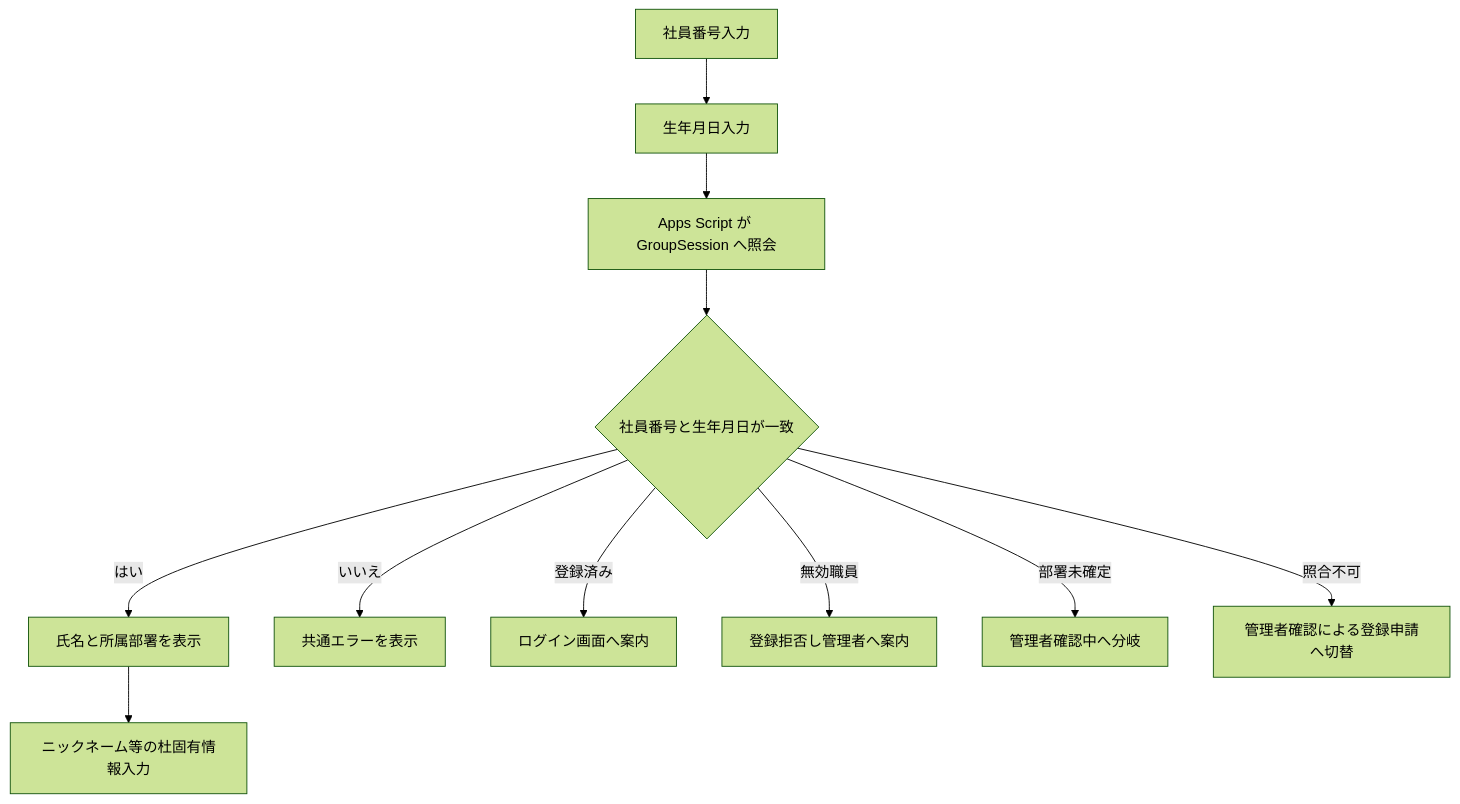
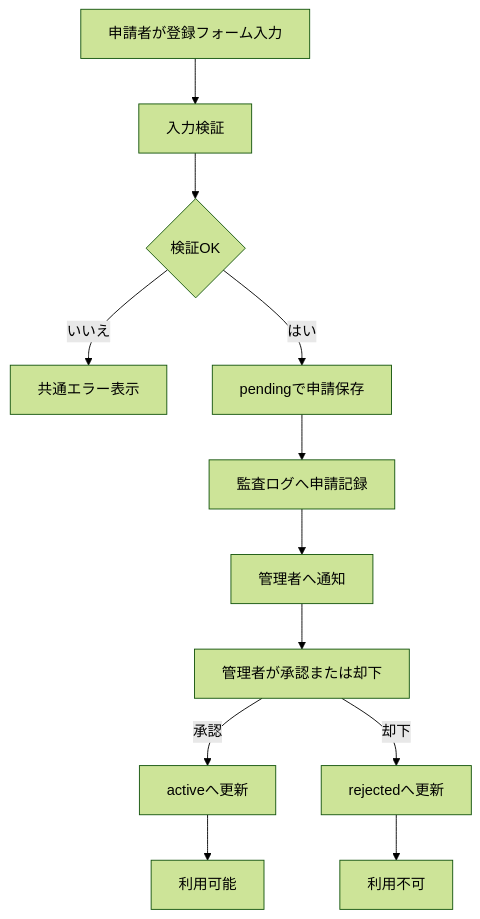
The first of 2 diagrams in ADMIN_USERS_PLAN.md (Hayashi-HP/RinchanMori), drawn with Mermaid (forest theme) before and after one commit. The commit also changed other lines of this file, not shown here.

````diff
--- a/ADMIN_USERS_PLAN.md
+++ b/ADMIN_USERS_PLAN.md
@@ -215,13 +74,14 @@
 ```mermaid
 flowchart TD
-  A[社員番号入力] --> B[生年月日入力]
-  B --> C[Apps Script が GroupSession へ照会]
-  C --> D{社員番号と生年月日が一致}
-  D -- はい --> E[氏名と所属部署を表示]
-  E --> F[ニックネーム等の杜固有情報入力]
-  D -- いいえ --> G[共通エラーを表示]
-  D -- 登録済み --> H[ログイン画面へ案内]
-  D -- 無効職員 --> I[登録拒否し管理者へ案内]
-  D -- 部署未確定 --> J[管理者確認中へ分岐]
-  D -- 照合不可 --> K[管理者確認による登録申請へ切替]
+  A[申請者が登録フォーム入力] --> B[入力検証]
+  B --> C{検証OK}
+  C -- いいえ --> D[共通エラー表示]
+  C -- はい --> E[pendingで申請保存]
+  E --> F[監査ログへ申請記録]
+  F --> G[管理者へ通知]
+  G --> H[管理者が承認または却下]
+  H -- 承認 --> I[activeへ更新]
+  H -- 却下 --> J[rejectedへ更新]
+  I --> K[利用可能]
+  J --> L[利用不可]
 ```
````
